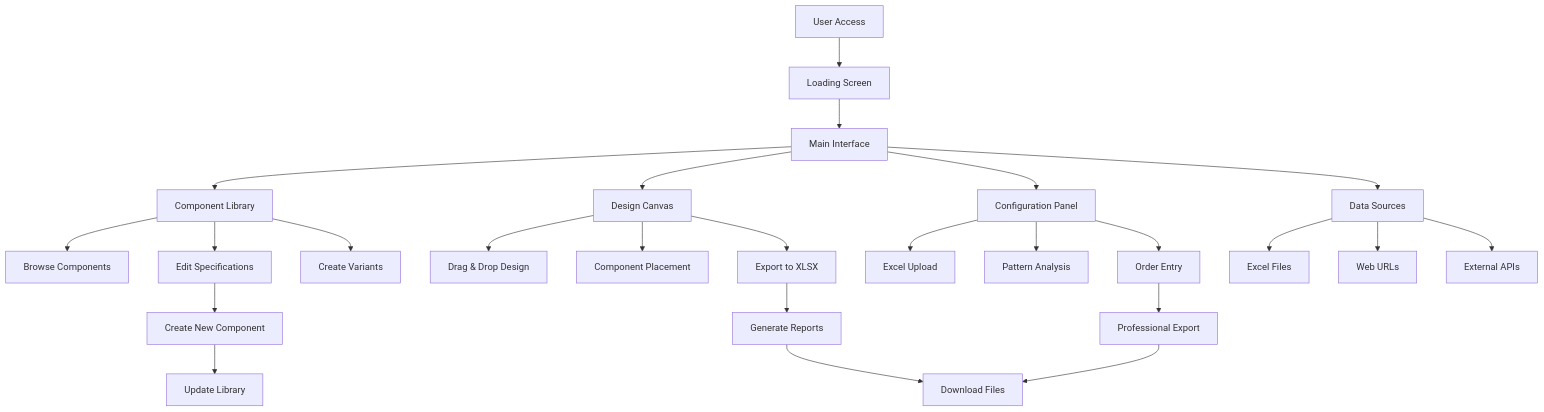
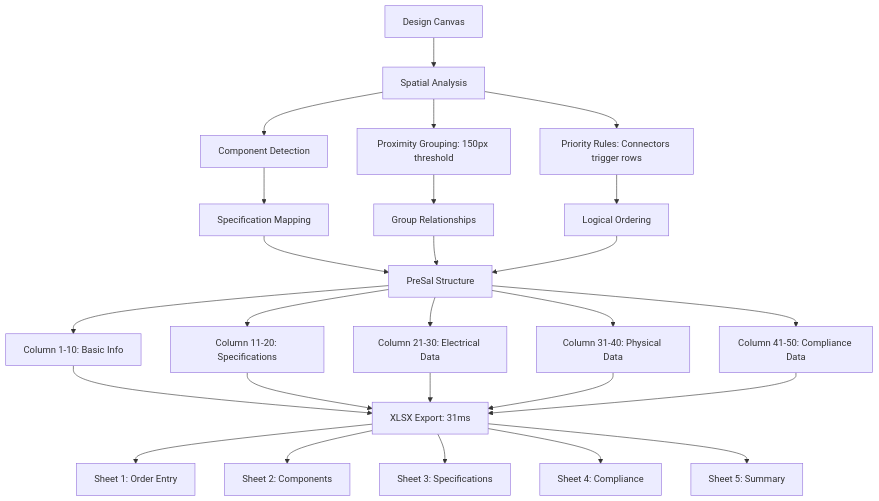
One commit to CSchotborgh/PowerWhipConfig changed the fourth of 10 diagrams in README.md. Above: the diagram before and after it, drawn with Mermaid. The commit also changed other lines of this file, not shown here.

````diff
--- a/README.md
+++ b/README.md
@@ -65,34 +196,33 @@
 ```mermaid
-graph TD
-    A[User Access] --> B[Loading Screen]
-    B --> C[Main Interface]
+flowchart TD
+    DC[Design Canvas] --> SA[Spatial Analysis]
+    SA --> CD[Component Detection]
+    SA --> PG[Proximity Grouping: 150px threshold]
+    SA --> PR[Priority Rules: Connectors trigger rows]
     
-    C --> D[Component Library]
-    C --> E[Design Canvas]
-    C --> F[Configuration Panel]
-    C --> G[Data Sources]
+    CD --> SM[Specification Mapping]
+    PG --> GR[Group Relationships]  
+    PR --> LO[Logical Ordering]
     
-    D --> D1[Browse Components]
-    D --> D2[Edit Specifications]
-    D --> D3[Create Variants]
+    SM --> PS[PreSal Structure]
+    GR --> PS
+    LO --> PS
     
-    E --> E1[Drag & Drop Design]
-    E --> E2[Component Placement]
-    E --> E3[Export to XLSX]
+    PS --> C1[Column 1-10: Basic Info]
+    PS --> C2[Column 11-20: Specifications]
+    PS --> C3[Column 21-30: Electrical Data]
+    PS --> C4[Column 31-40: Physical Data]
+    PS --> C5[Column 41-50: Compliance Data]
     
-    F --> F1[Excel Upload]
-    F --> F2[Pattern Analysis]
-    F --> F3[Order Entry]
+    C1 --> EX[XLSX Export: 31ms]
+    C2 --> EX
+    C3 --> EX
+    C4 --> EX
+    C5 --> EX
     
-    G --> G1[Excel Files]
-    G --> G2[Web URLs]
-    G --> G3[External APIs]
-    
-    D2 --> H[Create New Component]
-    E3 --> I[Generate Reports]
-    F3 --> J[Professional Export]
-    
-    H --> K[Update Library]
-    I --> L[Download Files]
-    J --> L
+    EX --> S1[Sheet 1: Order Entry]
+    EX --> S2[Sheet 2: Components]
+    EX --> S3[Sheet 3: Specifications]
+    EX --> S4[Sheet 4: Compliance]
+    EX --> S5[Sheet 5: Summary]
 ```
````
